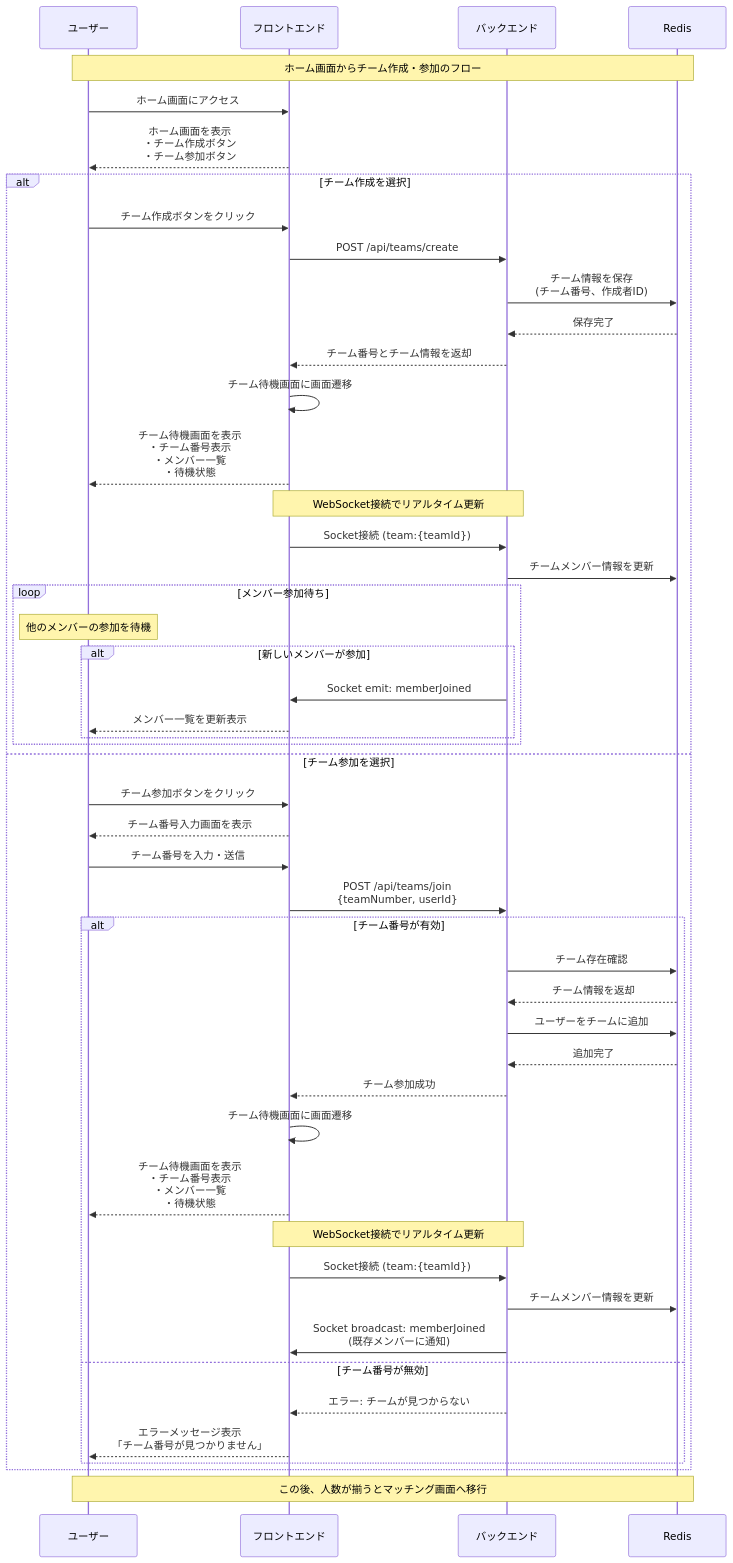
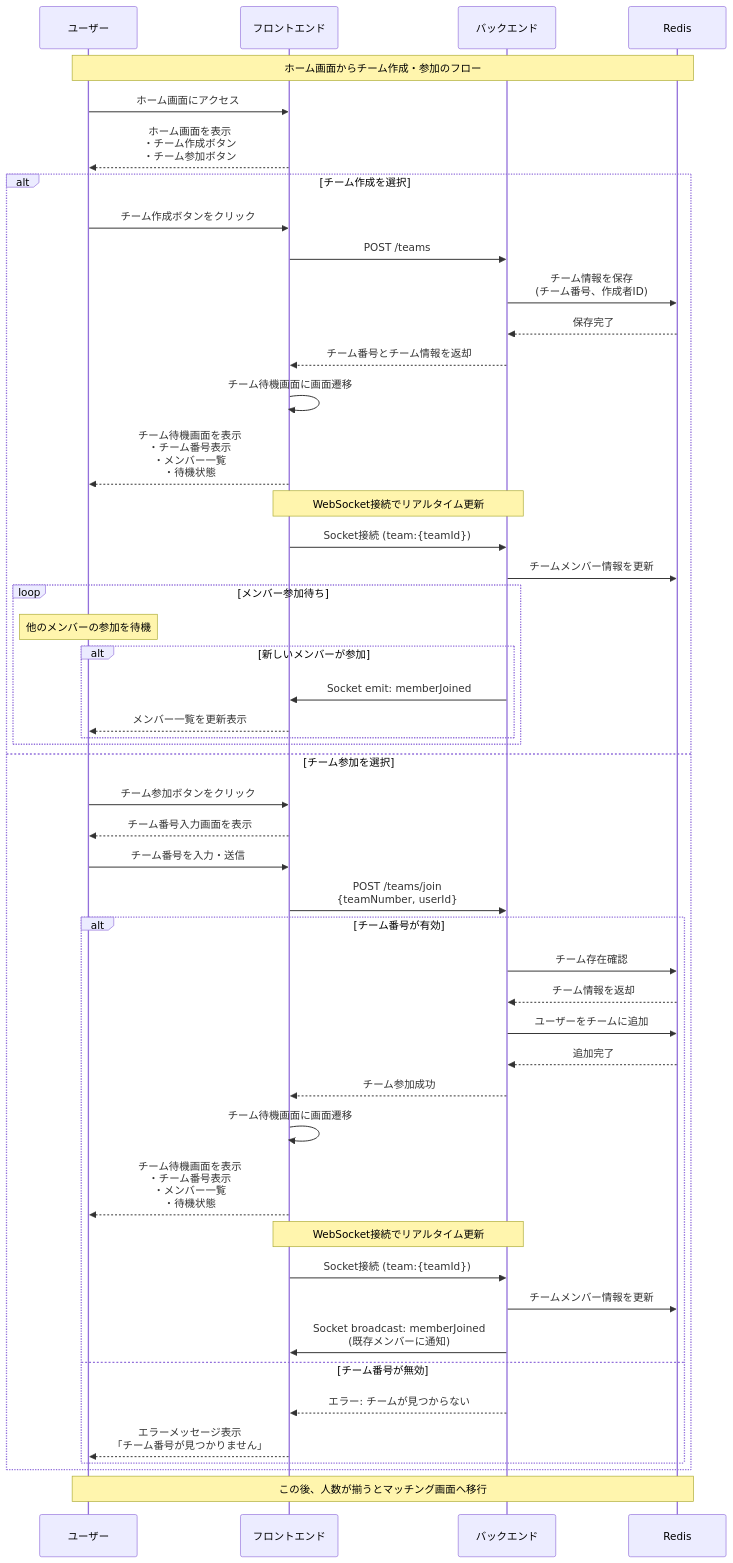
One commit to kotek-7/minpuzz changed the diagram in docs/sequence-home-to-team.mmd. Above: the diagram before and after it, drawn with Mermaid. The commit also changed 2 other files, not shown here.

```diff
--- a/docs/sequence-home-to-team.mmd
+++ b/docs/sequence-home-to-team.mmd
@@ -1,64 +1,64 @@
 %%{init: {'theme':'default', 'themeVariables': {'primaryColor': '#4f46e5', 'primaryTextColor': '#fff', 'primaryBorderColor': '#3730a3', 'lineColor': '#374151', 'secondaryColor': '#e5e7eb', 'tertiaryColor': '#f3f4f6'}}}%%
 
 sequenceDiagram
     participant U as ユーザー
     participant F as フロントエンド
     participant B as バックエンド
     participant R as Redis
 
     Note over U,R: ホーム画面からチーム作成・参加のフロー
 
     %% ホーム画面
     U->>F: ホーム画面にアクセス
     F-->>U: ホーム画面を表示<br/>・チーム作成ボタン<br/>・チーム参加ボタン
 
     %% チーム作成フロー
     alt チーム作成を選択
         U->>F: チーム作成ボタンをクリック
-        F->>B: POST /api/teams/create
+        F->>B: POST /teams
         B->>R: チーム情報を保存<br/>(チーム番号、作成者ID)
         R-->>B: 保存完了
         B-->>F: チーム番号とチーム情報を返却
         F->>F: チーム待機画面に画面遷移
         F-->>U: チーム待機画面を表示<br/>・チーム番号表示<br/>・メンバー一覧<br/>・待機状態
 
         Note over F,B: WebSocket接続でリアルタイム更新
         F->>B: Socket接続 (team:{teamId})
         B->>R: チームメンバー情報を更新
         
         loop メンバー参加待ち
             Note over U: 他のメンバーの参加を待機
             alt 新しいメンバーが参加
                 B->>F: Socket emit: memberJoined
                 F-->>U: メンバー一覧を更新表示
             end
         end
 
     %% チーム参加フロー  
     else チーム参加を選択
         U->>F: チーム参加ボタンをクリック
         F-->>U: チーム番号入力画面を表示
         U->>F: チーム番号を入力・送信
-        F->>B: POST /api/teams/join<br/>{teamNumber, userId}
+        F->>B: POST /teams/join<br/>{teamNumber, userId}
         
         alt チーム番号が有効
             B->>R: チーム存在確認
             R-->>B: チーム情報を返却
             B->>R: ユーザーをチームに追加
             R-->>B: 追加完了
             B-->>F: チーム参加成功
             F->>F: チーム待機画面に画面遷移
             F-->>U: チーム待機画面を表示<br/>・チーム番号表示<br/>・メンバー一覧<br/>・待機状態
 
             Note over F,B: WebSocket接続でリアルタイム更新
             F->>B: Socket接続 (team:{teamId})
             B->>R: チームメンバー情報を更新
             B->>F: Socket broadcast: memberJoined<br/>(既存メンバーに通知)
             
         else チーム番号が無効
             B-->>F: エラー: チームが見つからない
             F-->>U: エラーメッセージ表示<br/>「チーム番号が見つかりません」
         end
     end
 
     Note over U,R: この後、人数が揃うとマッチング画面へ移行
```
